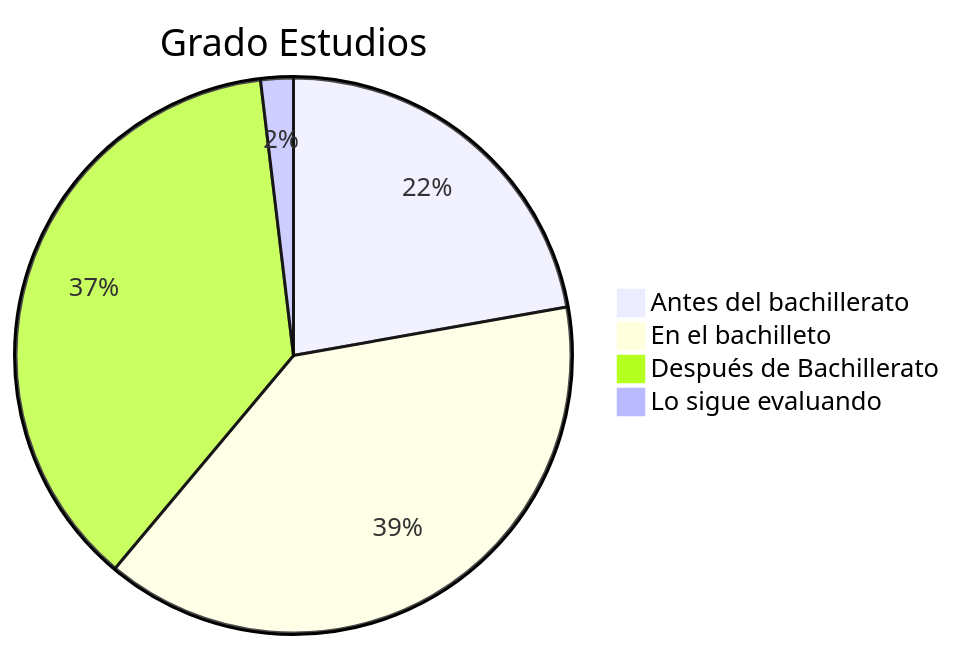
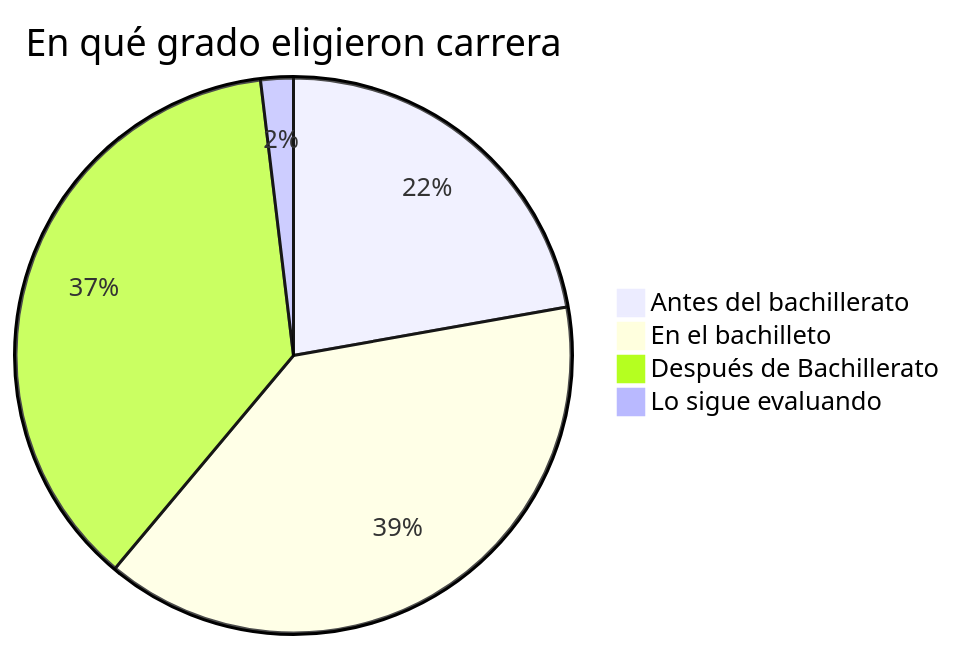
One commit to conecta-clanes/my-website changed the third of 7 diagrams in docs/propuestas/pps.md. Above: the diagram before and after it, drawn with Mermaid. The commit also changed other lines of this file and 1 other file, not shown here.

````diff
--- a/docs/propuestas/pps.md
+++ b/docs/propuestas/pps.md
@@ -57,7 +57,7 @@
 ```mermaid
-pie title Grado Estudios
+pie title En qué grado eligieron carrera
 "Antes del bachillerato" : 22.2
 "En el bachilleto" : 38.9
 "Después de Bachillerato" : 37
 "Lo sigue evaluando" : 1.9
 ```
````
